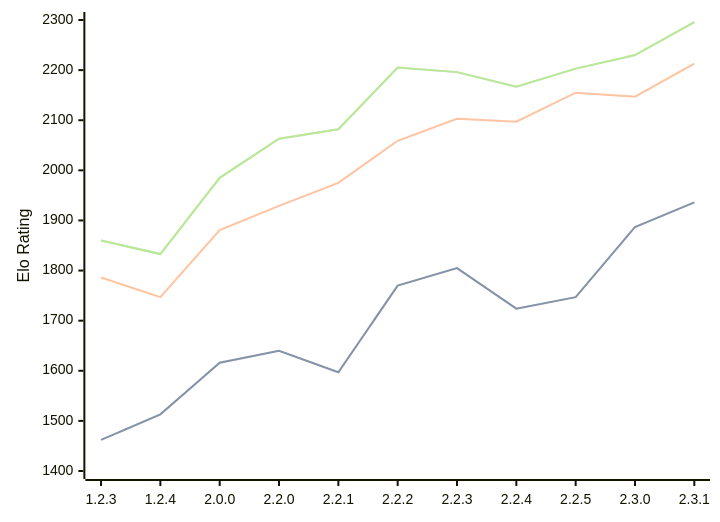
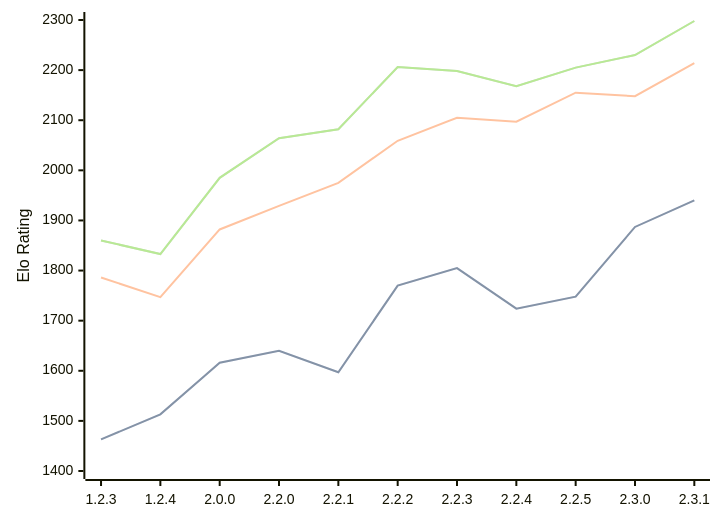
The diagram in engines/Kreveta.md (computer-chess-index/cci), drawn with Mermaid before and after one commit. The commit also changed other lines of this file, not shown here.

Commit message:
Update CCI Ratings (ELO VLTC) - 2026-08-15

````diff
--- a/engines/Kreveta.md
+++ b/engines/Kreveta.md
@@ -43,11 +43,11 @@
 ```mermaid
 %%{init: {"theme":"base","themeVariables":{"seriesColors:['#a3a3a3','#222221','#faa371']}}}%%
 xychart-beta
   x-axis ["1.2.3", "1.2.4", "2.0.0", "2.2.0", "2.2.1", "2.2.2", "2.2.3", "2.2.4", "2.2.5", "2.3.0", "2.3.1"]
   y-axis "Elo Rating" 1400 --> 2300
-  line "STC (8.0+0.08s)" [1462, 1513, 1616, 1640, 1597, 1770, 1805, 1724, 1747, 1887, 1936]
-  line "STC (8.0+0.08s)" [1462, 1513, 1616, 1640, 1597, 1770, 1805, 1724, 1747, 1887, 1936]
-  line "LTC (60.0+0.60s)" [1786, 1747, 1881, 1929, 1975, 2059, 2103, 2097, 2155, 2147, 2213]
-  line "VLTC (2m24s+1.12s)" [1860, 1833, 1985, 2063, 2082, 2205, 2196, 2167, 2203, 2230, 2296]
-  line "VLTC (2m24s+1.12s)" [1860, 1833, 1985, 2063, 2082, 2205, 2196, 2167, 2203, 2230, 2296]
+  line "STC (8.0+0.08s)" [1463, 1513, 1616, 1640, 1597, 1770, 1805, 1724, 1748, 1887, 1940]
+  line "STC (8.0+0.08s)" [1463, 1513, 1616, 1640, 1597, 1770, 1805, 1724, 1748, 1887, 1940]
+  line "LTC (60.0+0.60s)" [1786, 1747, 1882, 1929, 1975, 2059, 2105, 2097, 2155, 2148, 2214]
+  line "VLTC (2m24s+1.12s)" [1860, 1833, 1985, 2064, 2082, 2206, 2198, 2168, 2205, 2230, 2298]
+  line "VLTC (2m24s+1.12s)" [1860, 1833, 1985, 2064, 2082, 2206, 2198, 2168, 2205, 2230, 2298]
 ```
````
